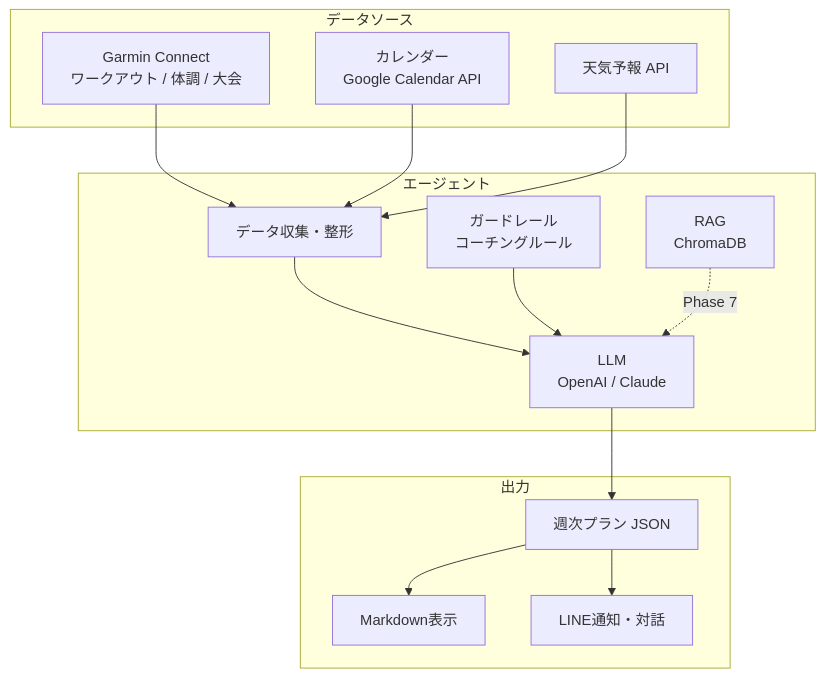
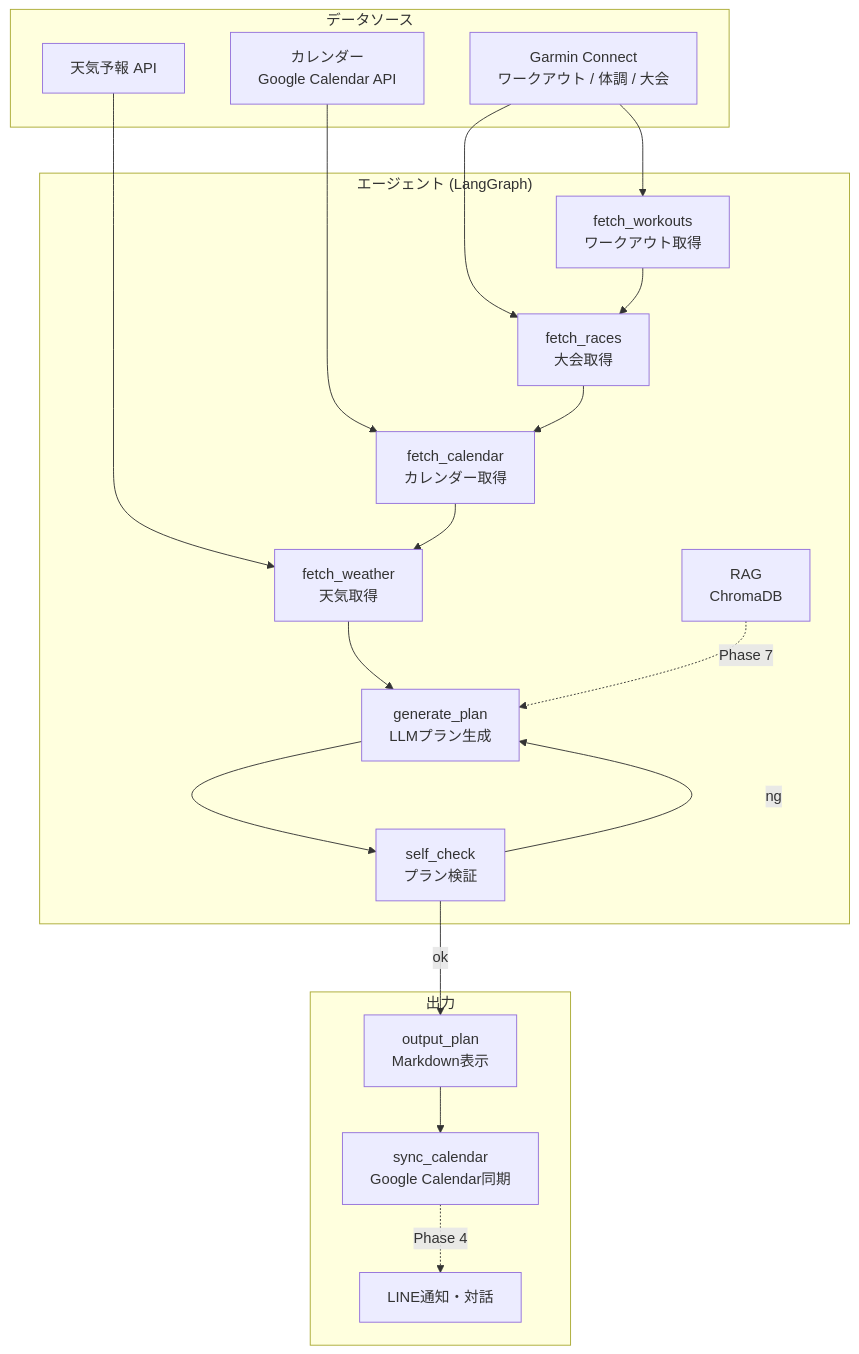
One commit to fuzztarou/run-coach changed the first of 5 diagrams in DESIGN.md. Above: the diagram before and after it, drawn with Mermaid. The commit also changed other lines of this file and 1 other file, not shown here.

First line of the commit message:
docs: DESIGN.mdのmermaid図・スキーマ定義を実装と同期

````diff
--- a/DESIGN.md
+++ b/DESIGN.md
@@ -24,31 +24,36 @@
 ```mermaid
 flowchart TB
     subgraph データソース
         G[Garmin Connect<br>ワークアウト / 体調 / 大会]
         C[カレンダー<br>Google Calendar API]
         W[天気予報 API]
     end
 
-    subgraph エージェント
-        F[データ収集・整形]
-        GL[ガードレール<br>コーチングルール]
-        LLM[LLM<br>OpenAI / Claude]
+    subgraph エージェント["エージェント (LangGraph)"]
+        FW[fetch_workouts<br>ワークアウト取得]
+        FR[fetch_races<br>大会取得]
+        FC[fetch_calendar<br>カレンダー取得]
+        FWE[fetch_weather<br>天気取得]
+        LLM[generate_plan<br>LLMプラン生成]
+        SC[self_check<br>プラン検証]
         RAG[RAG<br>ChromaDB]
     end
 
     subgraph 出力
-        JSON[週次プラン JSON]
-        MD[Markdown表示]
+        MD[output_plan<br>Markdown表示]
+        SYNC[sync_calendar<br>Google Calendar同期]
         LINE[LINE通知・対話]
     end
 
-    G --> F
-    C --> F
-    W --> F
-    F --> LLM
-    GL --> LLM
+    G --> FW
+    G --> FR
+    C --> FC
+    W --> FWE
+    FW --> FR --> FC --> FWE --> LLM
+    LLM --> SC
+    SC -->|ok| MD
+    SC -->|ng| LLM
     RAG -.->|Phase 7| LLM
-    LLM --> JSON
-    JSON --> MD
-    JSON --> LINE
+    MD --> SYNC
+    SYNC -.->|Phase 4| LINE
 ```
````
